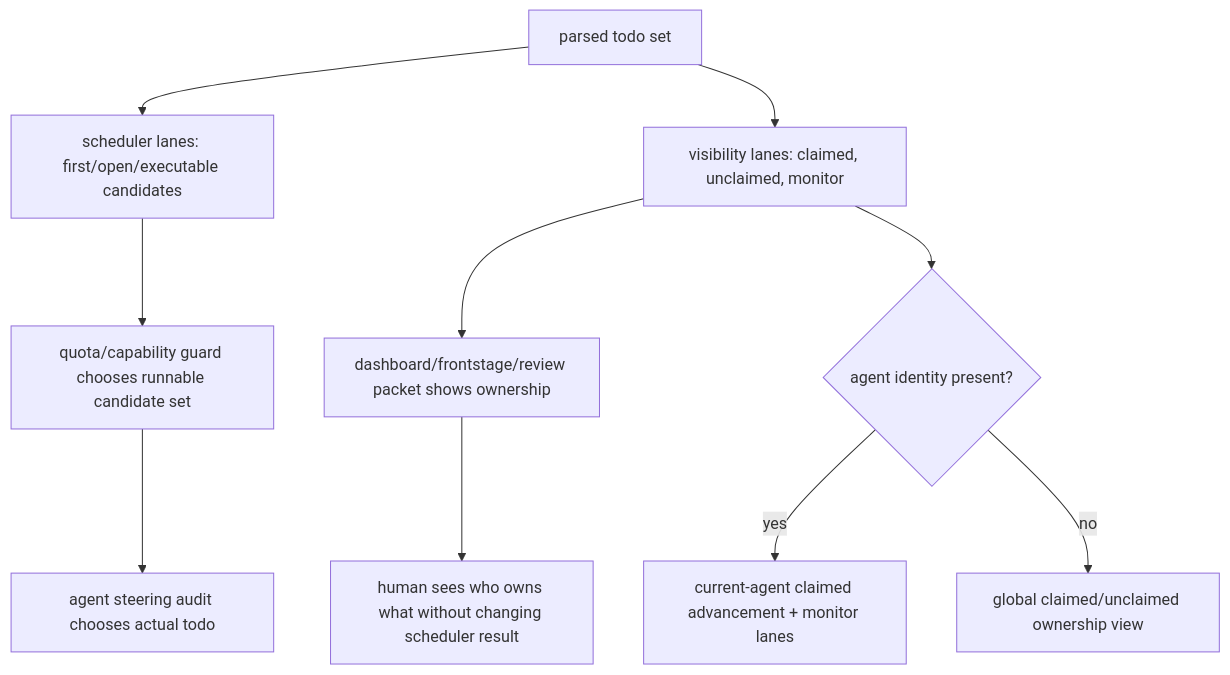
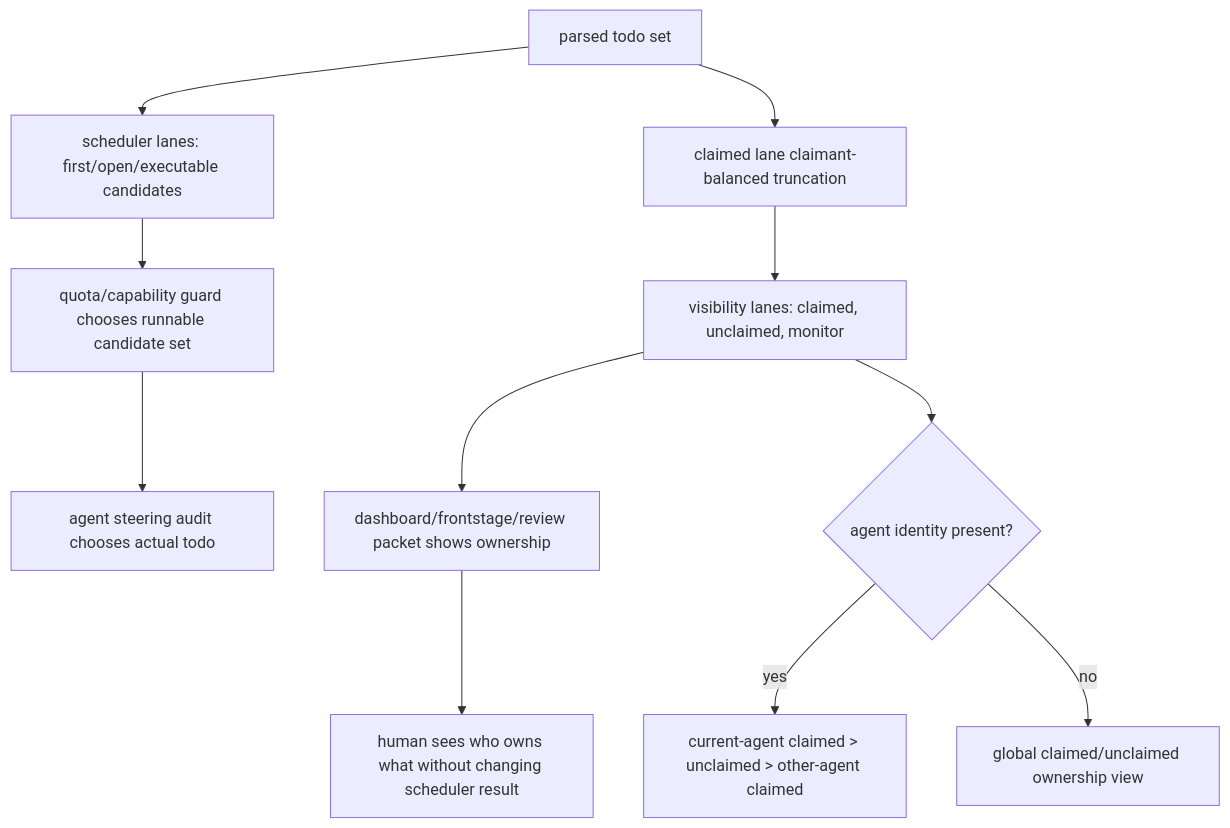
Diagram 19 of 26 in docs/interaction-pattern-catalog.md (huangruiteng/goal-harness), drawn with Mermaid before and after one commit. The commit also changed other lines of this file and 4 other files, not shown here.

Commit message:
fix: weight claimed advancement lanes

````diff
--- a/docs/interaction-pattern-catalog.md
+++ b/docs/interaction-pattern-catalog.md
@@ -1189,12 +1204,13 @@
 ```mermaid
 flowchart TD
   T["parsed todo set"] --> S["scheduler lanes: first/open/executable candidates"]
-  T --> V["visibility lanes: claimed, unclaimed, monitor"]
+  T --> B["claimed lane claimant-balanced truncation"]
+  B --> V["visibility lanes: claimed, unclaimed, monitor"]
   S --> Q["quota/capability guard chooses runnable candidate set"]
   Q --> A["agent steering audit chooses actual todo"]
   V --> F["dashboard/frontstage/review packet shows ownership"]
   V --> C{"agent identity present?"}
-  C -->|"yes"| M["current-agent claimed advancement + monitor lanes"]
+  C -->|"yes"| M["current-agent claimed > unclaimed > other-agent claimed"]
   C -->|"no"| G["global claimed/unclaimed ownership view"]
   F --> H["human sees who owns what without changing scheduler result"]
 ```
````
